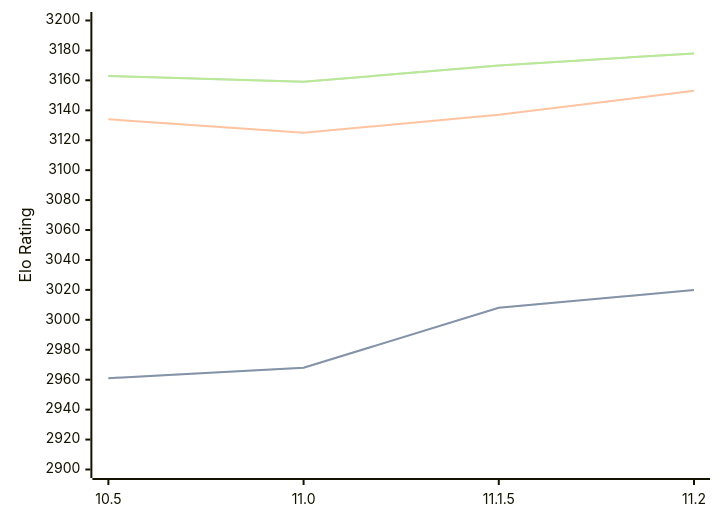
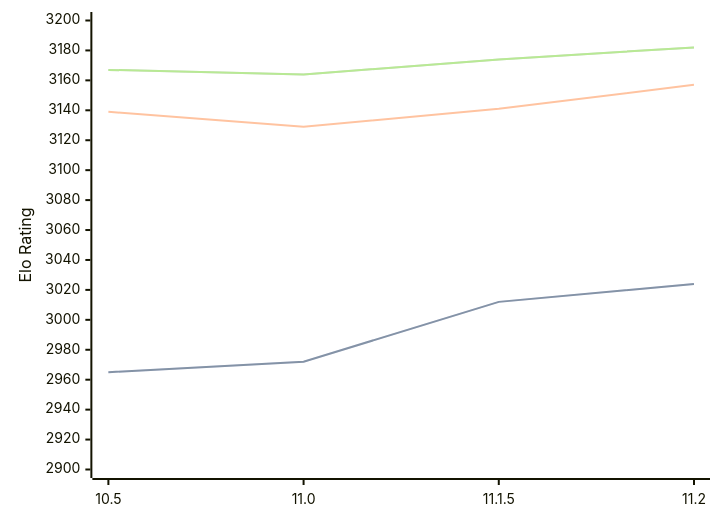
Before and after one commit to computer-chess-index/cci: the diagram in engines/Lizard.md, drawn with Mermaid. The commit also changed other lines of this file, not shown here.

Commit message:
Update CCI Ratings (ELO VLTC) - 2026-02-24

````diff
--- a/engines/Lizard.md
+++ b/engines/Lizard.md
@@ -43,11 +43,11 @@
 ```mermaid
 %%{init: {"theme":"base","themeVariables":{"seriesColors:['#a3a3a3','#222221','#faa371']}}}%%
 xychart-beta
   x-axis ["10.5", "11.0", "11.1.5", "11.2"]
   y-axis "Elo Rating" 2900 --> 3200
-  line "STC (8.0+0.08s)" [2961, 2968, 3008, 3020]
-  line "STC (8.0+0.08s)" [2961, 2968, 3008, 3020]
-  line "LTC (60.0+0.60s)" [3134, 3125, 3137, 3153]
-  line "VLTC (2m24s+1.12s)" [3163, 3159, 3170, 3178]
-  line "VLTC (2m24s+1.12s)" [3163, 3159, 3170, 3178]
+  line "STC (8.0+0.08s)" [2965, 2972, 3012, 3024]
+  line "STC (8.0+0.08s)" [2965, 2972, 3012, 3024]
+  line "LTC (60.0+0.60s)" [3139, 3129, 3141, 3157]
+  line "VLTC (2m24s+1.12s)" [3167, 3164, 3174, 3182]
+  line "VLTC (2m24s+1.12s)" [3167, 3164, 3174, 3182]
 ```
````
